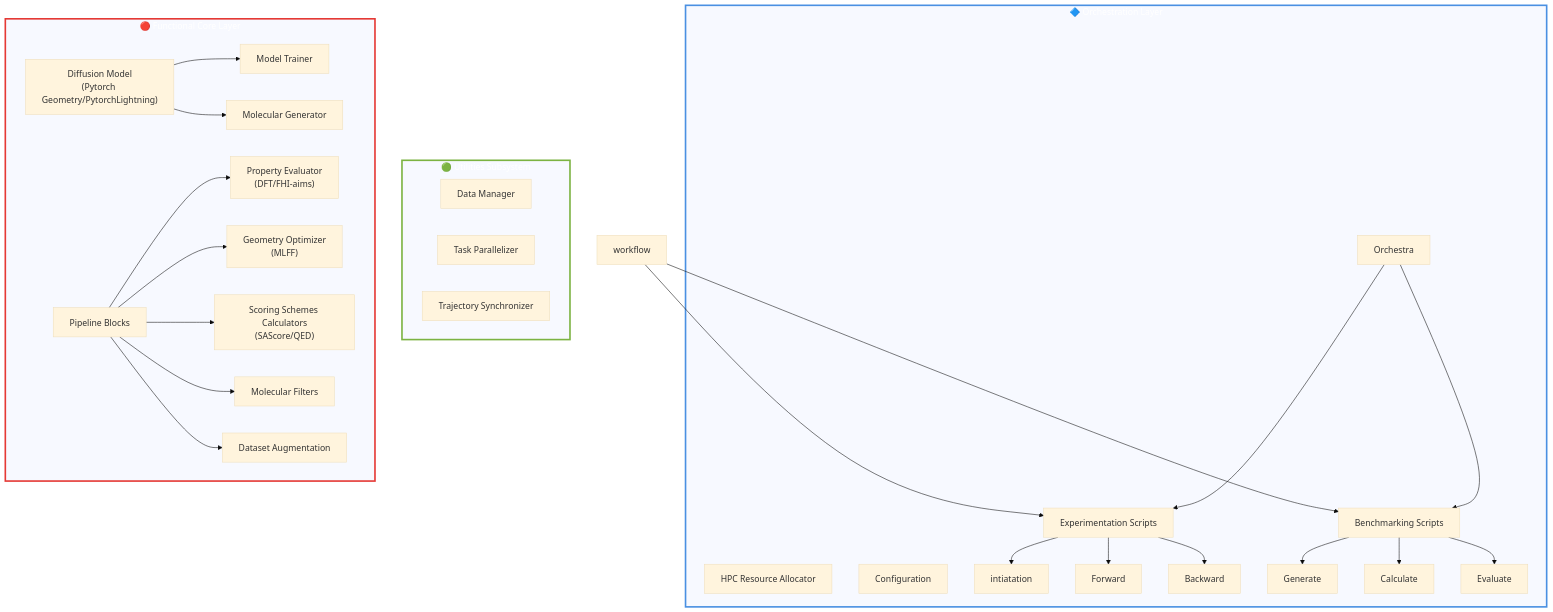
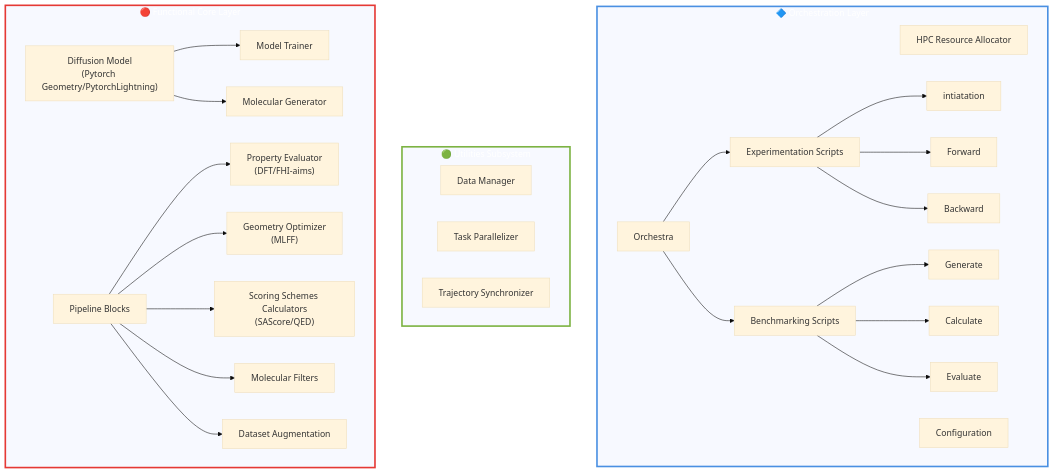
The second of 2 diagrams in README.md (lmedranos/qalpa), drawn with Mermaid (base theme) before and after one commit.

````diff
--- a/README.md
+++ b/README.md
@@ -102,58 +102,56 @@
 ```mermaid
 graph TB
     subgraph orchestration["🔷 Orchestration Layer"]
         hpc["HPC Resource Allocator"]
         config["Configuration"]
         orc["Orchestra"]
         Expsc["Experimentation Scripts"]
         initsc["intiatation"]
         forsc["Forward"]
         bacsc["Backward"]
         Evalsc["Benchmarking Scripts"]
         gensc["Generate"]
         calsc["Calculate"]
         evalsc["Evaluate"]
 
     end
 
     Expsc --> initsc
     Expsc --> forsc
     Expsc --> bacsc
     Evalsc --> gensc
     Evalsc --> calsc
     Evalsc --> evalsc
-    workflow --> Expsc
-    workflow --> Evalsc
     orc --> Expsc
     orc --> Evalsc
 
 
     subgraph utilities["🟢 Utilities Subsystem"]
         data["Data Manager"]
         parallel["Task Parallelizer"]
         sync["Trajectory Synchronizer"]
     end
     
     subgraph functional["🔴 Functional Core Layer"]
         Diff["Diffusion Model<br/>(Pytorch Geometry/PytorchLightning)"]
         train["Model Trainer"]
         gen["Molecular Generator"]
         Pipeb["Pipeline Blocks"]
         eval["Property Evaluator<br/>(DFT/FHI-aims)"]
         opt["Geometry Optimizer<br/>(MLFF)"]
         sco["Scoring Schemes Calculators<br/>(SAScore/QED)"]
         sel["Molecular Filters"]
         Aug["Dataset Augmentation"]
     end
     Diff --> train
     Diff --> gen
     Pipeb --> eval
     Pipeb --> opt
     Pipeb --> sco
     Pipeb --> sel
     Pipeb --> Aug
     
     style orchestration stroke:#4A90E2,stroke-width:3px,color:#fff
     style utilities stroke:#7CB342,stroke-width: 3px,color:#fff
     style functional stroke:#E53935,stroke-width:3px,color:#fff
 ```
````
